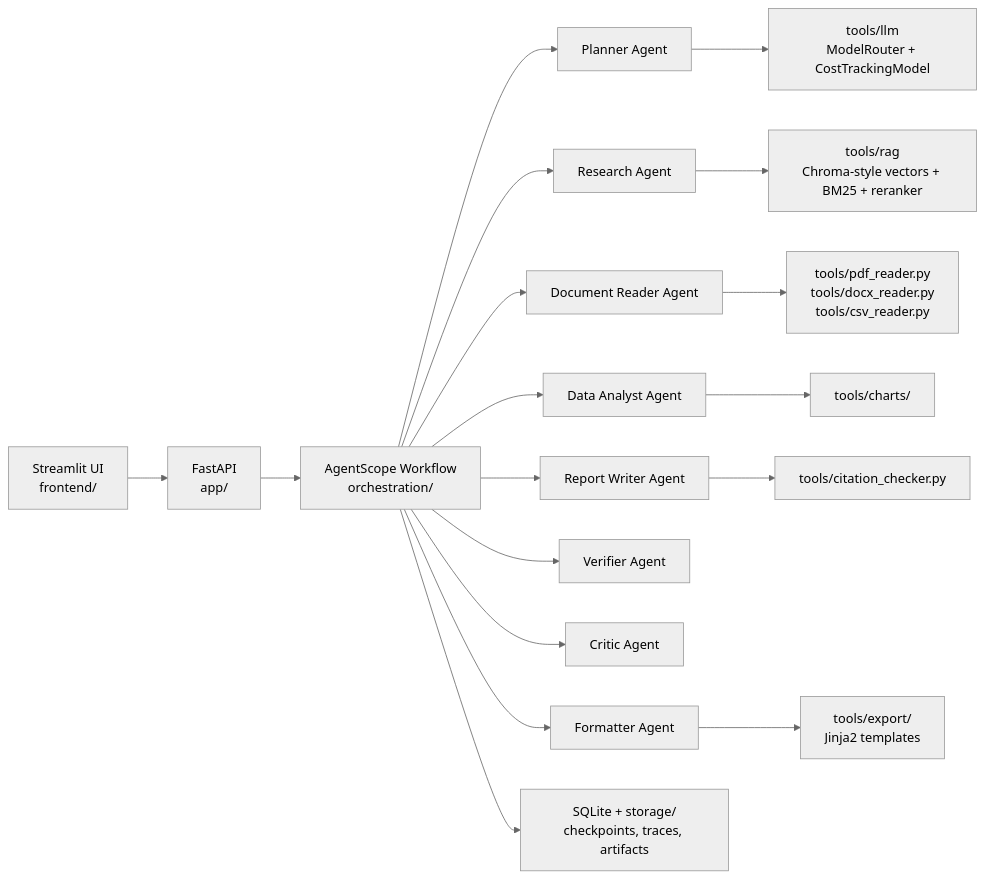
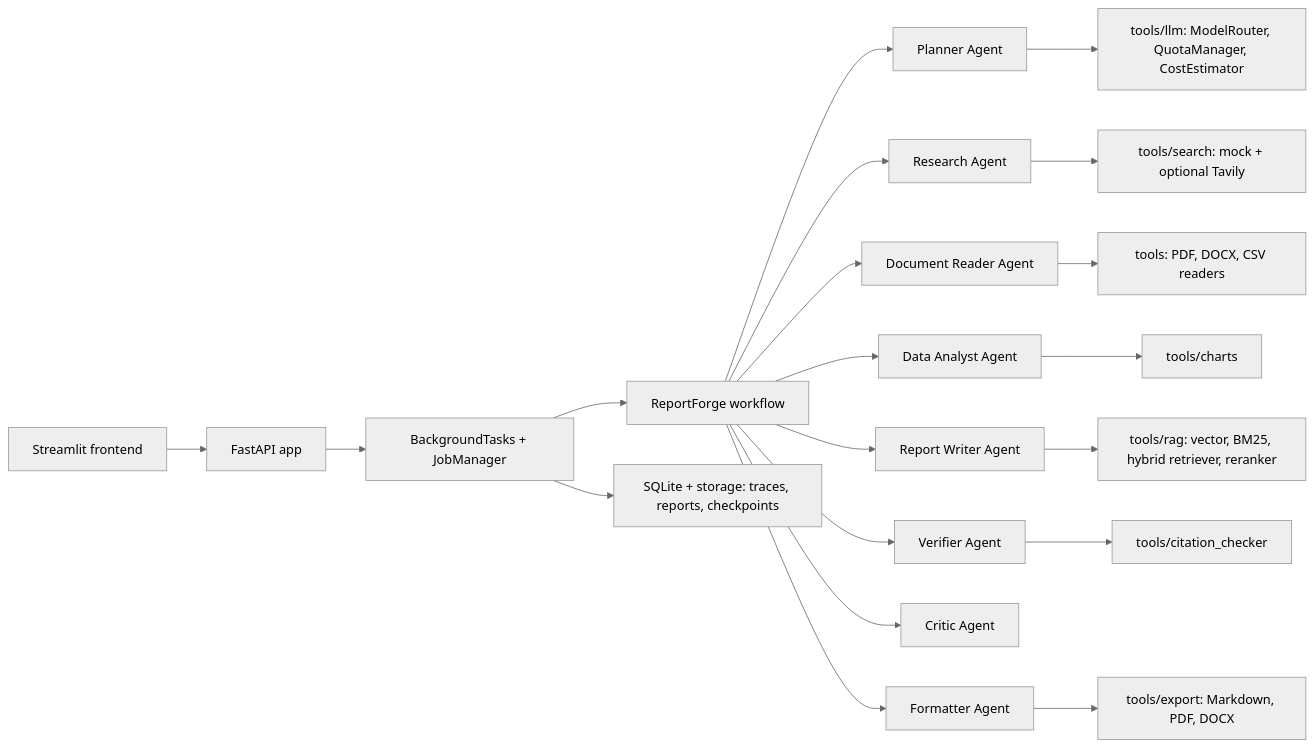
Before and after one commit to bhushankarande/reportforge: the diagram in README.md, drawn with Mermaid (neutral theme). The commit also changed other lines of this file and 12 other files, not shown here.

First line of the commit message:
feat: integrate API frontend and evaluation

````diff
--- a/README.md
+++ b/README.md
@@ -9,20 +9,22 @@
 ```mermaid
 flowchart LR
-    UI["Streamlit UI\nfrontend/"] --> API["FastAPI\napp/"]
-    API --> WF["AgentScope Workflow\norchestration/"]
+    UI["Streamlit frontend"] --> API["FastAPI app"]
+    API --> Jobs["BackgroundTasks + JobManager"]
+    Jobs --> WF["ReportForge workflow"]
     WF --> Planner["Planner Agent"]
     WF --> Research["Research Agent"]
     WF --> Reader["Document Reader Agent"]
     WF --> Analyst["Data Analyst Agent"]
     WF --> Writer["Report Writer Agent"]
     WF --> Verifier["Verifier Agent"]
     WF --> Critic["Critic Agent"]
     WF --> Formatter["Formatter Agent"]
-    Planner --> LLM["tools/llm\nModelRouter + CostTrackingModel"]
-    Research --> RAG["tools/rag\nChroma-style vectors + BM25 + reranker"]
-    Reader --> Parsers["tools/pdf_reader.py\ntools/docx_reader.py\ntools/csv_reader.py"]
-    Analyst --> Charts["tools/charts/"]
-    Writer --> Citations["tools/citation_checker.py"]
-    Formatter --> Exports["tools/export/\nJinja2 templates"]
-    WF --> Store["SQLite + storage/\ncheckpoints, traces, artifacts"]
+    Planner --> LLM["tools/llm: ModelRouter, QuotaManager, CostEstimator"]
+    Research --> Search["tools/search: mock + optional Tavily"]
+    Reader --> Parsers["tools: PDF, DOCX, CSV readers"]
+    Analyst --> Charts["tools/charts"]
+    Writer --> RAG["tools/rag: vector, BM25, hybrid retriever, reranker"]
+    Verifier --> Citations["tools/citation_checker"]
+    Formatter --> Exporters["tools/export: Markdown, PDF, DOCX"]
+    Jobs --> Store["SQLite + storage: traces, reports, checkpoints"]
 ```
````
